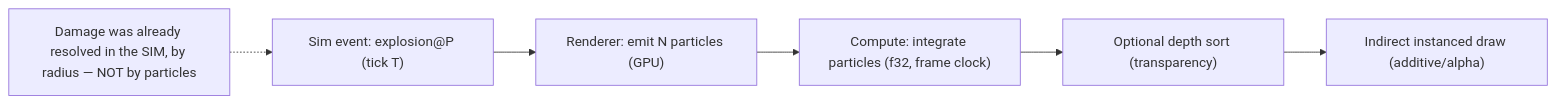
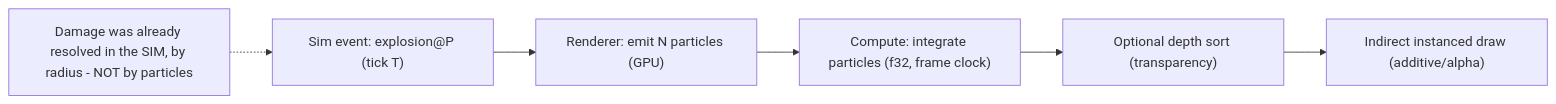
One commit to RubenTipparach/rts-99-jam changed the first of 2 diagrams in docs/architecture/06-particles.md. Above: the diagram before and after it, drawn with Mermaid. The commit also changed other lines of this file and 39 other files, not shown here.

````diff
--- a/docs/architecture/06-particles.md
+++ b/docs/architecture/06-particles.md
@@ -20,8 +20,8 @@
 ```mermaid
 flowchart LR
     sim["Sim event: explosion@P (tick T)"] --> spawn["Renderer: emit N particles (GPU)"]
     spawn --> simgpu["Compute: integrate particles (f32, frame clock)"]
     simgpu --> sort["Optional depth sort (transparency)"]
     sort --> draw["Indirect instanced draw (additive/alpha)"]
-    note["Damage was already resolved in the SIM, by radius — NOT by particles"] -.-> sim
+    note["Damage was already resolved in the SIM, by radius - NOT by particles"] -.-> sim
 ```
````
